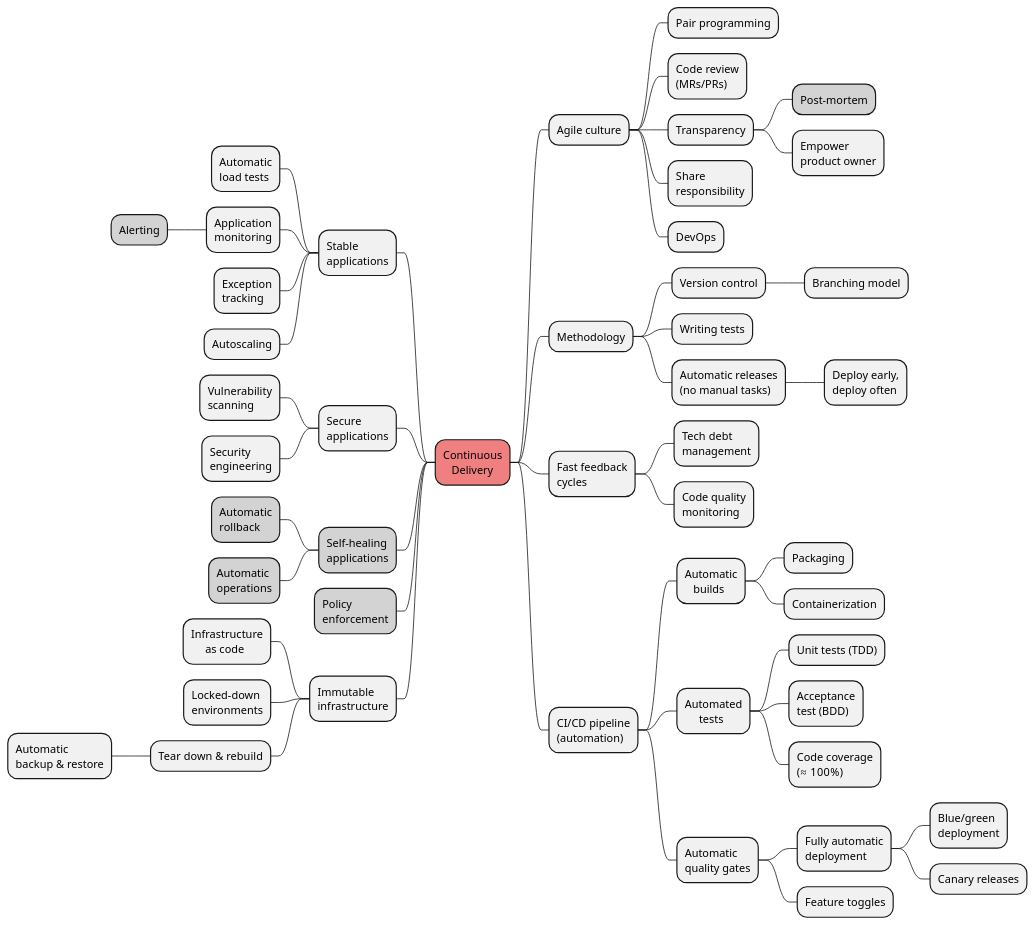
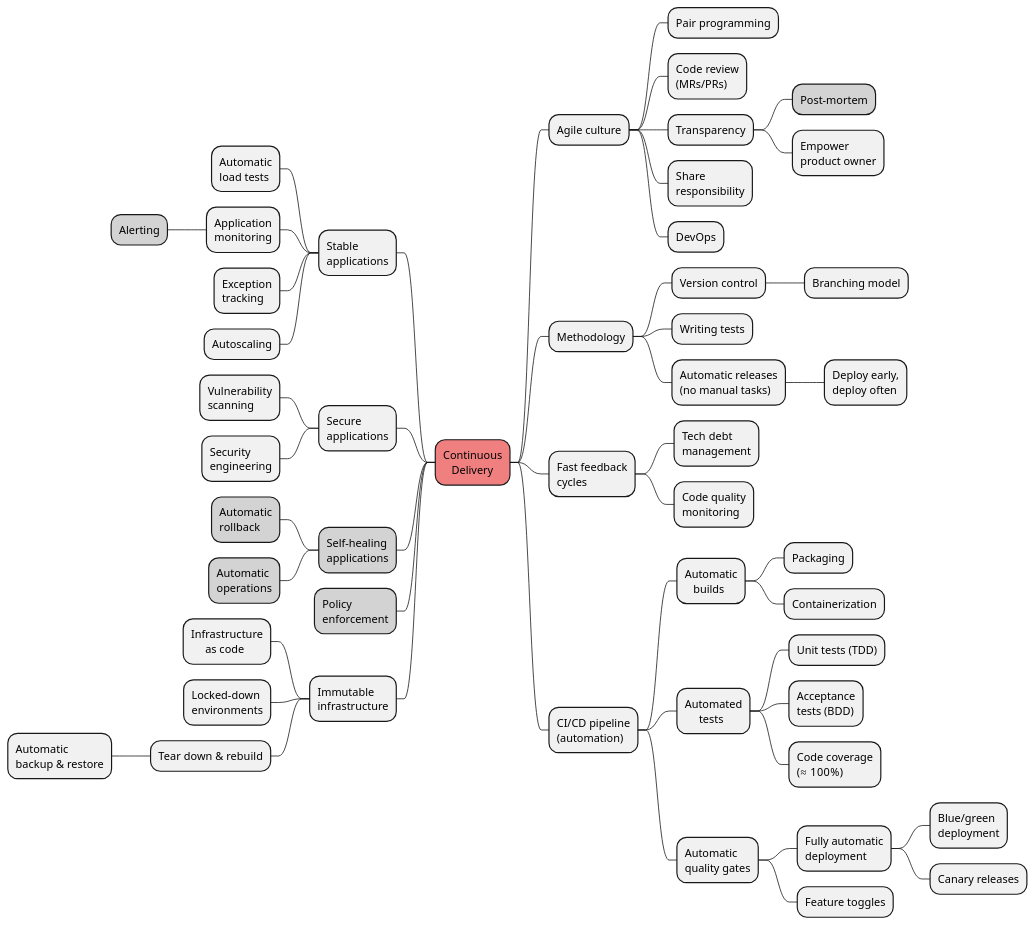
Before and after one commit to painless-software/devops-education-kit: the diagram in cicd-mindmap.md, drawn with PlantUML.

Commit message:
Use plural for tests

````diff
--- a/cicd-mindmap.md
+++ b/cicd-mindmap.md
@@ -4,53 +4,53 @@
 ```plantuml
 @startmindmap
 +[#lightcoral] Continuous\n   Delivery
 ++ Agile culture
 +++ Pair programming
 +++ Code review\n(MRs/PRs)
 +++ Transparency
 ++++[#lightgray] Post-mortem
 ++++ Empower\nproduct owner
 +++ Share\nresponsibility
 +++ DevOps
 ++ Methodology
 +++ Version control
 ++++ Branching model
 +++ Writing tests
 +++ Automatic releases\n(no manual tasks)
 ++++ Deploy early,\ndeploy often
 ++ Fast feedback\ncycles
 +++ Tech debt\nmanagement
 +++ Code quality\nmonitoring
 ++ CI/CD pipeline\n(automation)
 +++ Automatic\n   builds
 ++++ Packaging
 ++++ Containerization
 +++ Automated\n     tests
 ++++ Unit tests (TDD)
-++++ Acceptance\ntest (BDD)
+++++ Acceptance\ntests (BDD)
 ++++ Code coverage\n(≈ 100%)
 +++ Automatic\nquality gates
 ++++ Fully automatic\ndeployment
 +++++ Blue/green\ndeployment
 +++++ Canary releases
 ++++ Feature toggles
 -- Stable\napplications
 --- Automatic\nload tests
 --- Application\nmonitoring
 ----[#lightgray] Alerting
 --- Exception\ntracking
 --- Autoscaling
 -- Secure\napplications
 --- Vulnerability\nscanning
 --- Security\nengineering
 --[#lightgray] Self-healing\napplications
 ---[#lightgray] Automatic\nrollback
 ---[#lightgray] Automatic\noperations
 --[#lightgray] Policy\nenforcement
 -- Immutable\ninfrastructure
 --- Infrastructure\n     as code
 --- Locked-down\nenvironments
 --- Tear down & rebuild
 ---- Automatic\nbackup & restore
 @endmindmap
 ```
````
